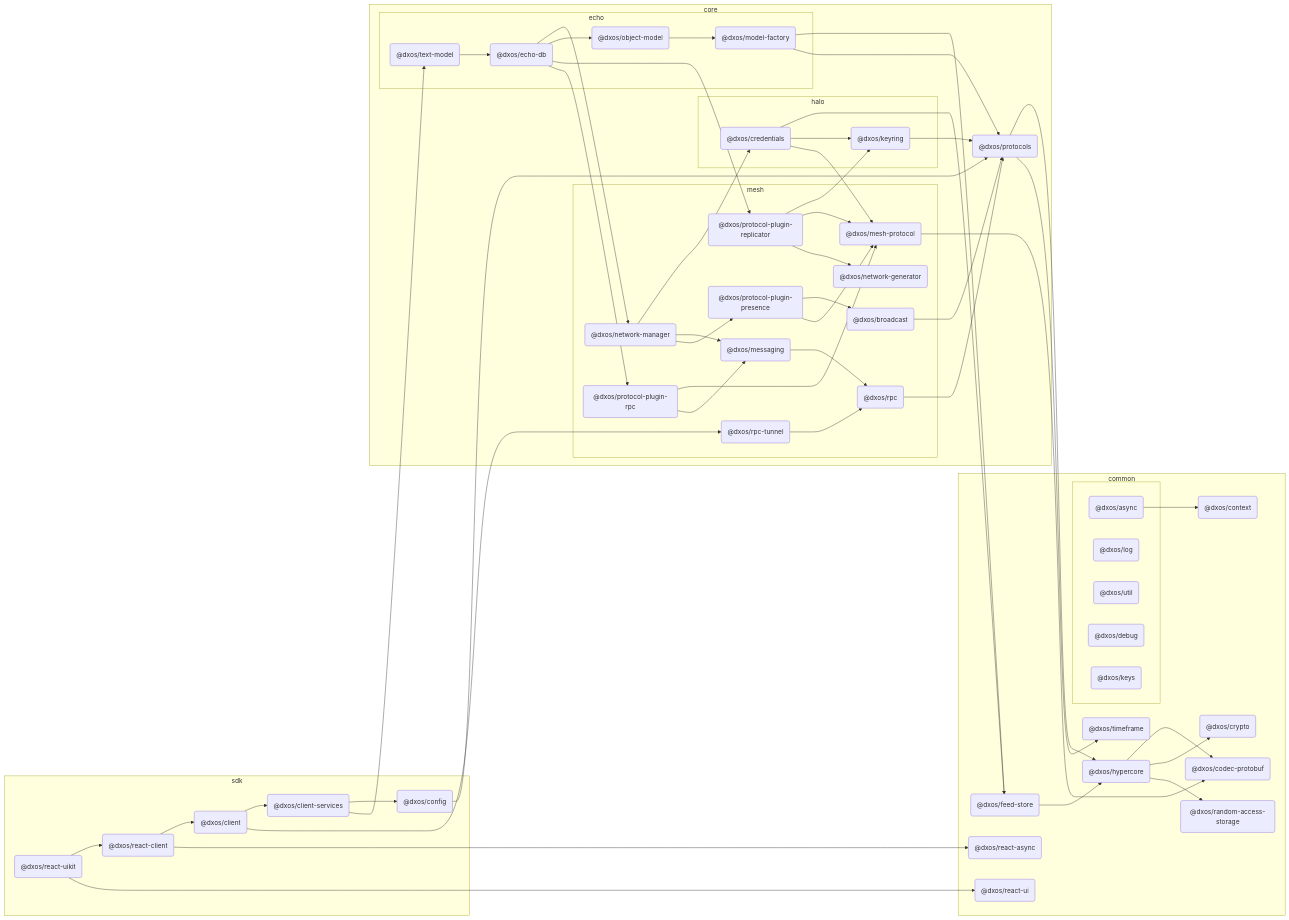
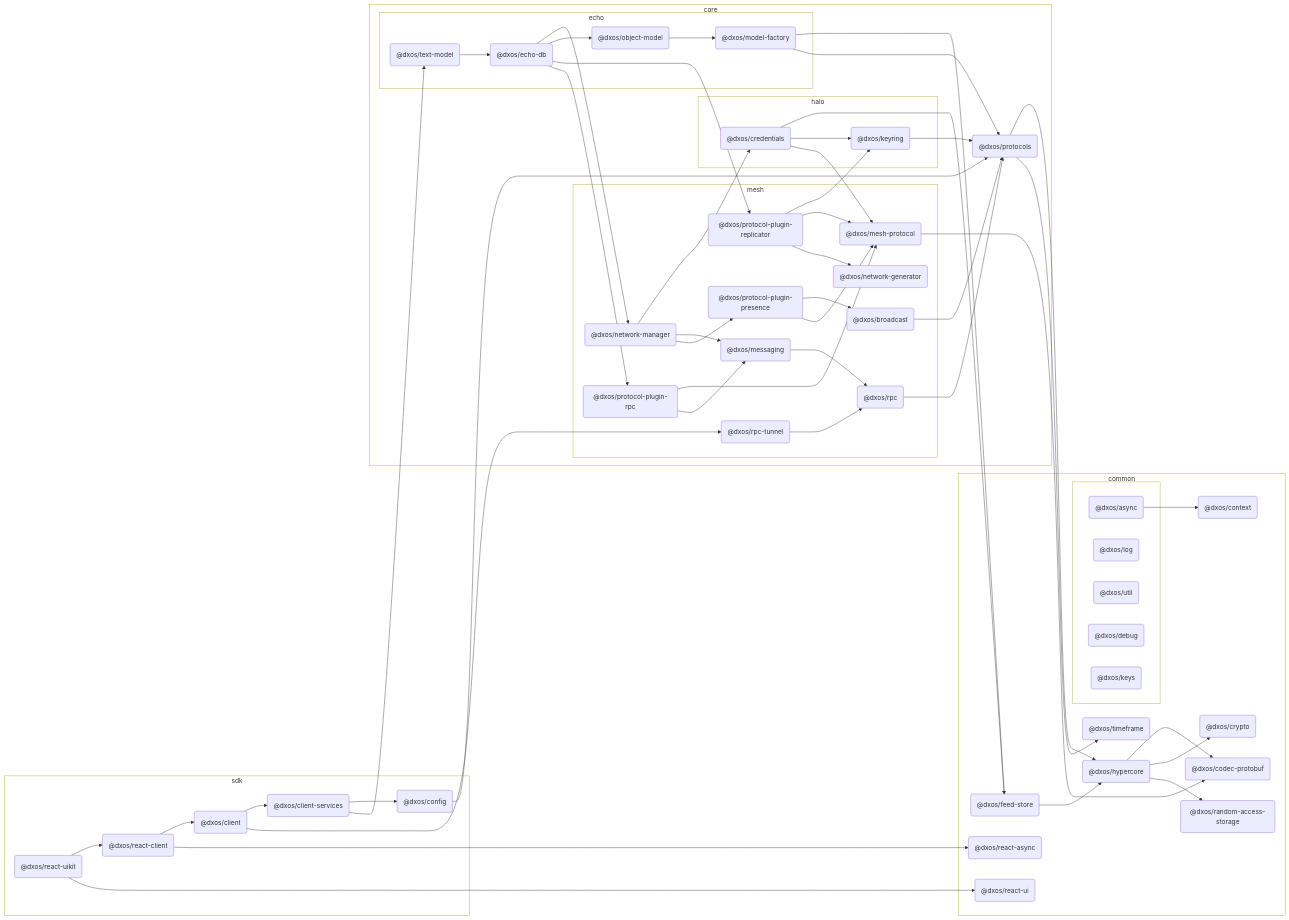
The diagram in packages/sdk/react-uikit/docs/README.md (dxos/dxos), drawn with Mermaid before and after one commit. The commit also changed 80 other files, not shown here.

```diff
--- a/packages/sdk/react-uikit/docs/README.md
+++ b/packages/sdk/react-uikit/docs/README.md
@@ -9,9 +9,14 @@
 
 flowchart LR
 
+%% Classes
+
+
+
 %% Nodes
 
 subgraph sdk [sdk]
+  style sdk fill:transparent
   dxos/react-uikit("@dxos/react-uikit"):::root
   click dxos/react-uikit "dxos/dxos/tree/main/packages/sdk/react-uikit/docs"
   dxos/client("@dxos/client"):::def
@@ -25,6 +30,7 @@
 end
 
 subgraph common [common]
+  style common fill:transparent
   dxos/context("@dxos/context"):::def
   click dxos/context "dxos/dxos/tree/main/packages/common/context/docs"
   dxos/codec-protobuf("@dxos/codec-protobuf"):::def
@@ -45,6 +51,7 @@
   click dxos/react-ui "dxos/dxos/tree/main/packages/common/react-ui/docs"
 
   subgraph _ [ ]
+    style _ fill:transparent
     dxos/async("@dxos/async"):::def
     click dxos/async "dxos/dxos/tree/main/packages/common/async/docs"
     dxos/log("@dxos/log"):::def
@@ -59,10 +66,12 @@
 end
 
 subgraph core [core]
+  style core fill:transparent
   dxos/protocols("@dxos/protocols"):::def
   click dxos/protocols "dxos/dxos/tree/main/packages/core/protocols/docs"
 
   subgraph halo [halo]
+    style halo fill:transparent
     dxos/credentials("@dxos/credentials"):::def
     click dxos/credentials "dxos/dxos/tree/main/packages/core/halo/credentials/docs"
     dxos/keyring("@dxos/keyring"):::def
@@ -70,6 +79,7 @@
   end
 
   subgraph mesh [mesh]
+    style mesh fill:transparent
     dxos/mesh-protocol("@dxos/mesh-protocol"):::def
     click dxos/mesh-protocol "dxos/dxos/tree/main/packages/core/mesh/mesh-protocol/docs"
     dxos/messaging("@dxos/messaging"):::def
@@ -93,6 +103,7 @@
   end
 
   subgraph echo [echo]
+    style echo fill:transparent
     dxos/echo-db("@dxos/echo-db"):::def
     click dxos/echo-db "dxos/dxos/tree/main/packages/core/echo/echo-db/docs"
     dxos/model-factory("@dxos/model-factory"):::def
@@ -105,7 +116,6 @@
 end
 
 %% Links
-linkStyle default stroke:#333,stroke-width:1px
 dxos/async --> dxos/context
 dxos/client --> dxos/client-services
 dxos/client-services --> dxos/config
```
